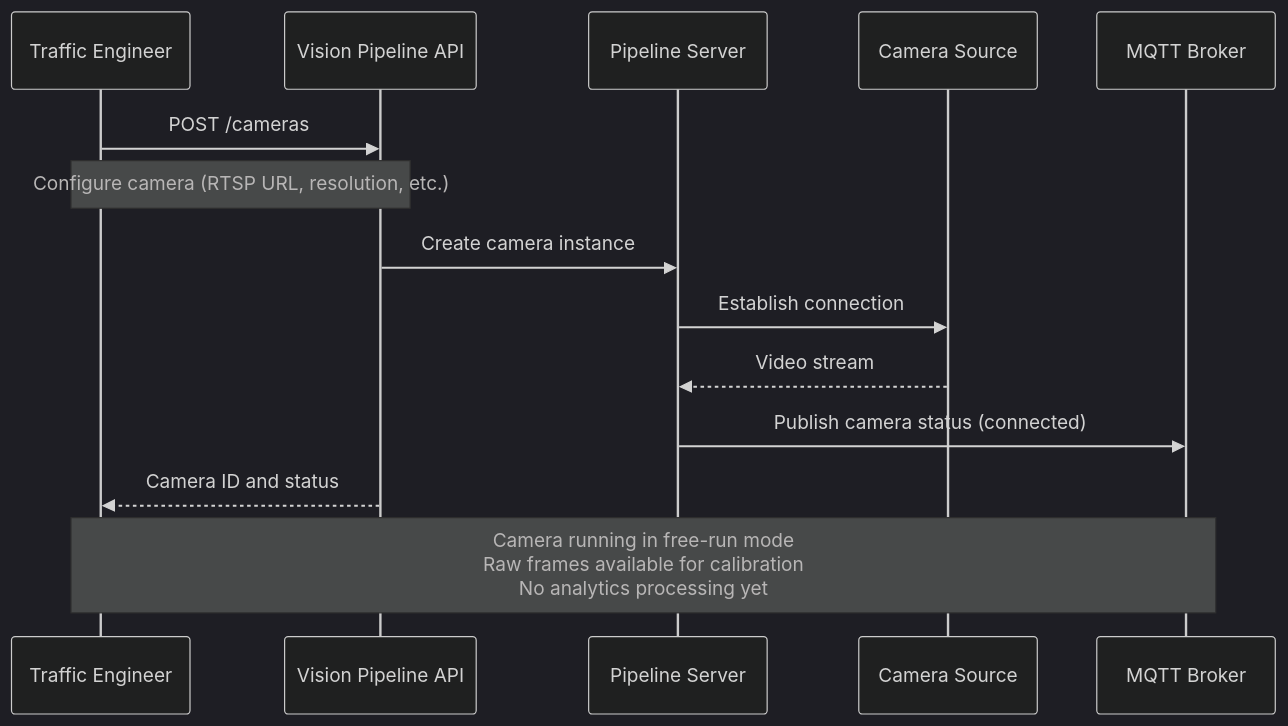
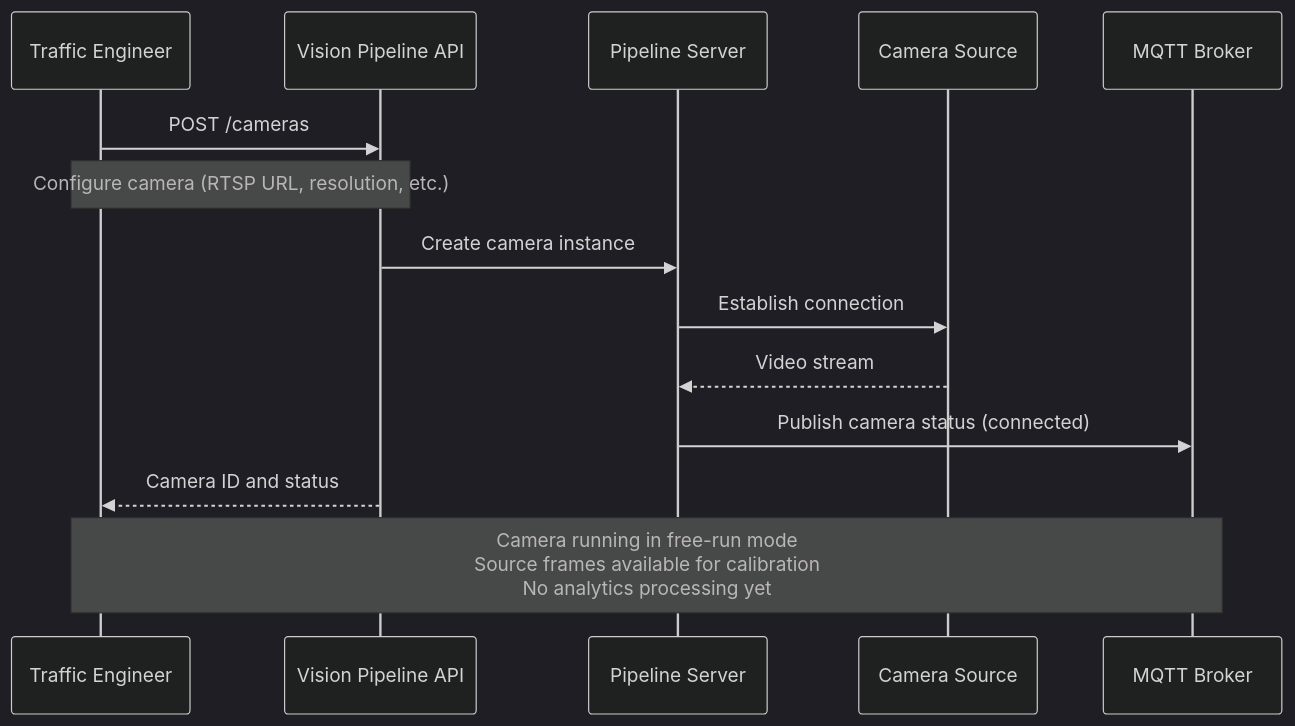
One commit to open-edge-platform/scenescape changed the second of 10 diagrams in docs/design/vision-pipeline-overview.md. Above: the diagram before and after it, drawn with Mermaid (dark theme). The commit also changed other lines of this file, not shown here.

````diff
--- a/docs/design/vision-pipeline-overview.md
+++ b/docs/design/vision-pipeline-overview.md
@@ -192,18 +193,18 @@
 ```mermaid
 sequenceDiagram
     participant User as Traffic Engineer
     participant API as Vision Pipeline API
     participant Server as Pipeline Server
     participant Camera as Camera Source
     participant MQTT as MQTT Broker
 
     User->>API: POST /cameras
     Note over User,API: Configure camera (RTSP URL, resolution, etc.)
     API->>Server: Create camera instance
     Server->>Camera: Establish connection
     Camera-->>Server: Video stream
     Server->>MQTT: Publish camera status (connected)
     API-->>User: Camera ID and status
     
-    Note over User,MQTT: Camera running in free-run mode<br/>Raw frames available for calibration<br/>No analytics processing yet
+    Note over User,MQTT: Camera running in free-run mode<br/>Source frames available for calibration<br/>No analytics processing yet
 ```
````
